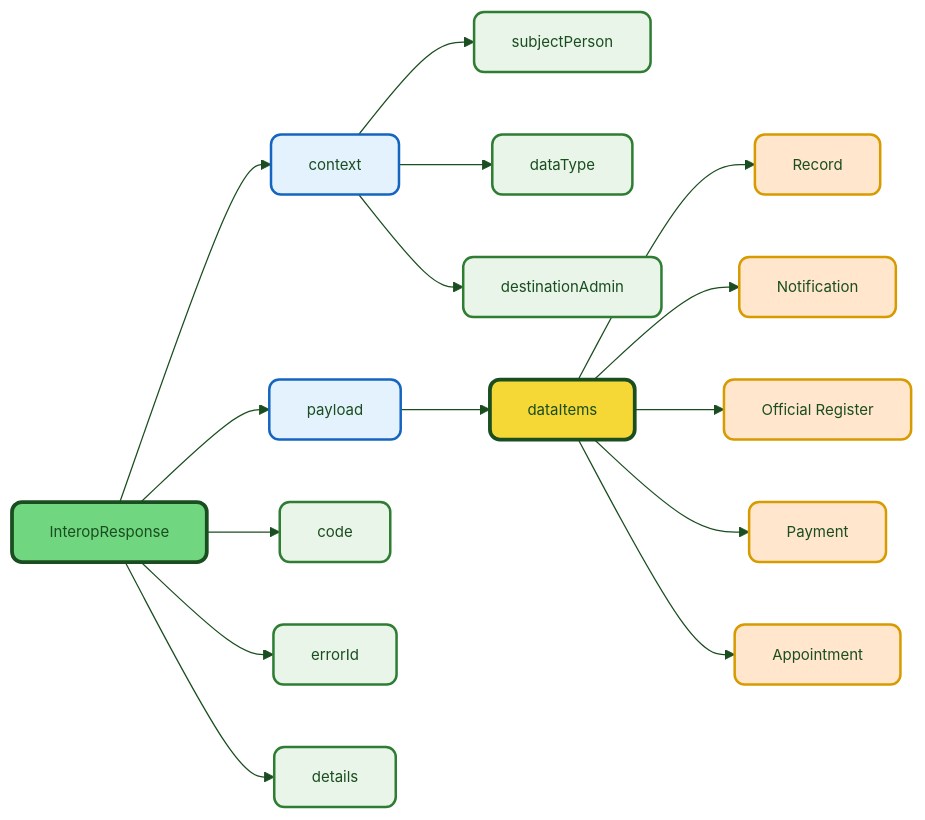
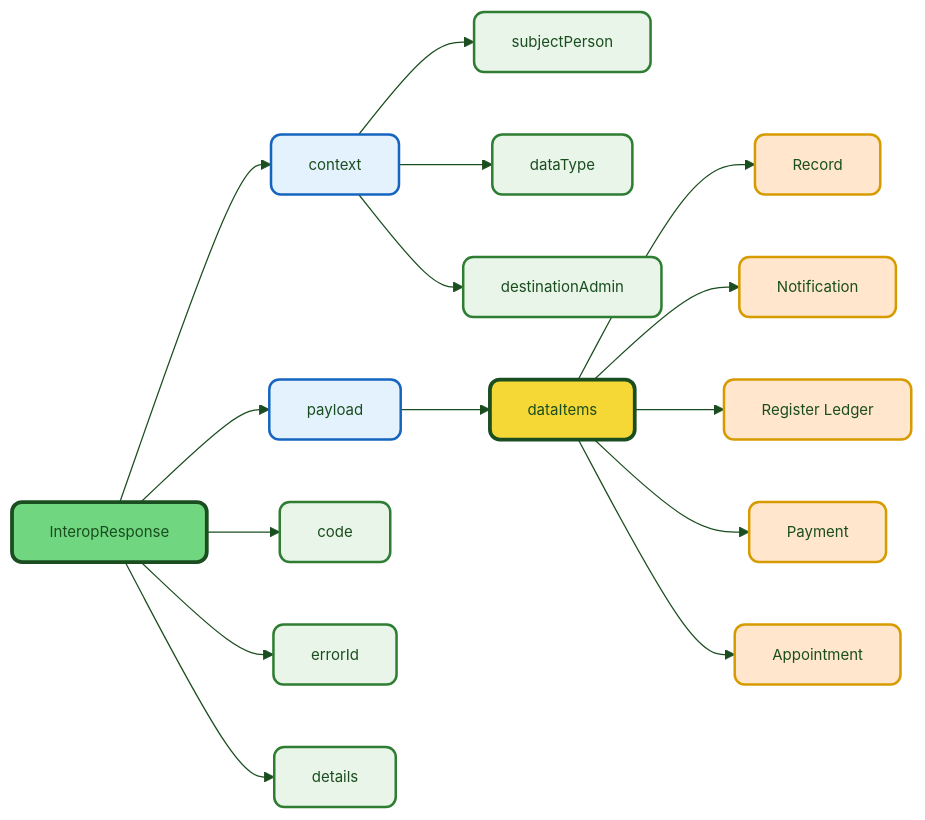
Before and after one commit to DENA-Euskadi/dena-euskadi.github.io: the third of 3 diagrams in docs/semantica/data-retrieve/index.en.md, drawn with Mermaid. The commit also changed other lines of this file and 75 other files, not shown here.

````diff
--- a/docs/semantica/data-retrieve/index.en.md
+++ b/docs/semantica/data-retrieve/index.en.md
@@ -305,52 +316,52 @@
 ```mermaid
 ---
 config:
   theme: base
   themeVariables:
     primaryColor: "#FFFFFF"
     primaryTextColor: "#1a4d1f"
     primaryBorderColor: "#70d680"
     lineColor: "#1a4d1f"
     fontSize: "12px"
     fontFamily: "Manrope, sans-serif"
 ---
 flowchart LR
     ROOT["InteropResponse"] --> CTX["context"]
     ROOT --> PAYLOAD["payload"]
     ROOT --> CODE["code"]
     ROOT --> ERRID["errorId"]
     ROOT --> DETAILS["details"]
 
     CTX --> PERSON["subjectPerson"]
     CTX --> DTYPE["dataType"]
     CTX --> DEST["destinationAdmin"]
 
     PAYLOAD --> ITEMS["dataItems"]
     ITEMS --> RECORD["Record"]
     ITEMS --> NOTICE["Notification"]
-    ITEMS --> REGISTRY["Official Register"]
+    ITEMS --> REGISTRY["Register Ledger"]
     ITEMS --> PAYMENT["Payment"]
     ITEMS --> SCHEDULE["Appointment"]
 
     click RECORD "./data/expediente/" "Ver documentación de Expediente"
     click NOTICE "./data/notificacion/" "Ver documentación de Notificación"
-    click REGISTRY "./data/registro-oficial/" "Ver documentación de Registro Oficial"
+    click REGISTRY "./data/libro-registro/" "See Register Ledger documentation"
     click PAYMENT "./data/pago/" "Ver documentación de Pagos"
     click SCHEDULE "./data/cita/" "Ver documentación de Cita"
 
     style ROOT fill:#70d680,stroke:#1a4d1f,color:#1a4d1f,stroke-width:3px,rx:8,ry:8
     style CTX fill:#e3f2fd,stroke:#1565c0,color:#1a4d1f,stroke-width:2px,rx:8,ry:8
     style PAYLOAD fill:#e3f2fd,stroke:#1565c0,color:#1a4d1f,stroke-width:2px,rx:8,ry:8
     style CODE fill:#e8f5e8,stroke:#2e7d32,color:#1a4d1f,stroke-width:2px,rx:8,ry:8
     style ERRID fill:#e8f5e8,stroke:#2e7d32,color:#1a4d1f,stroke-width:2px,rx:8,ry:8
     style DETAILS fill:#e8f5e8,stroke:#2e7d32,color:#1a4d1f,stroke-width:2px,rx:8,ry:8
     style PERSON fill:#e8f5e8,stroke:#2e7d32,color:#1a4d1f,stroke-width:2px,rx:8,ry:8
     style DTYPE fill:#e8f5e8,stroke:#2e7d32,color:#1a4d1f,stroke-width:2px,rx:8,ry:8
     style DEST fill:#e8f5e8,stroke:#2e7d32,color:#1a4d1f,stroke-width:2px,rx:8,ry:8
     style ITEMS fill:#f5d836,stroke:#1a4d1f,color:#1a4d1f,stroke-width:3px,rx:8,ry:8
     style RECORD fill:#ffe6cc,stroke:#d79b00,color:#1a4d1f,stroke-width:2px,rx:8,ry:8
     style NOTICE fill:#ffe6cc,stroke:#d79b00,color:#1a4d1f,stroke-width:2px,rx:8,ry:8
     style REGISTRY fill:#ffe6cc,stroke:#d79b00,color:#1a4d1f,stroke-width:2px,rx:8,ry:8
     style PAYMENT fill:#ffe6cc,stroke:#d79b00,color:#1a4d1f,stroke-width:2px,rx:8,ry:8
     style SCHEDULE fill:#ffe6cc,stroke:#d79b00,color:#1a4d1f,stroke-width:2px,rx:8,ry:8
 ```
````
